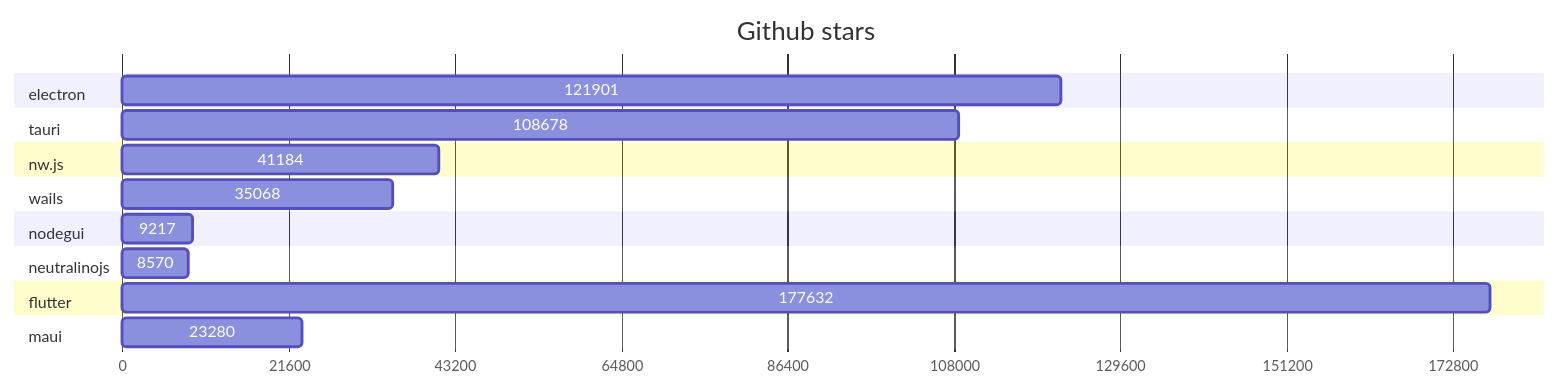
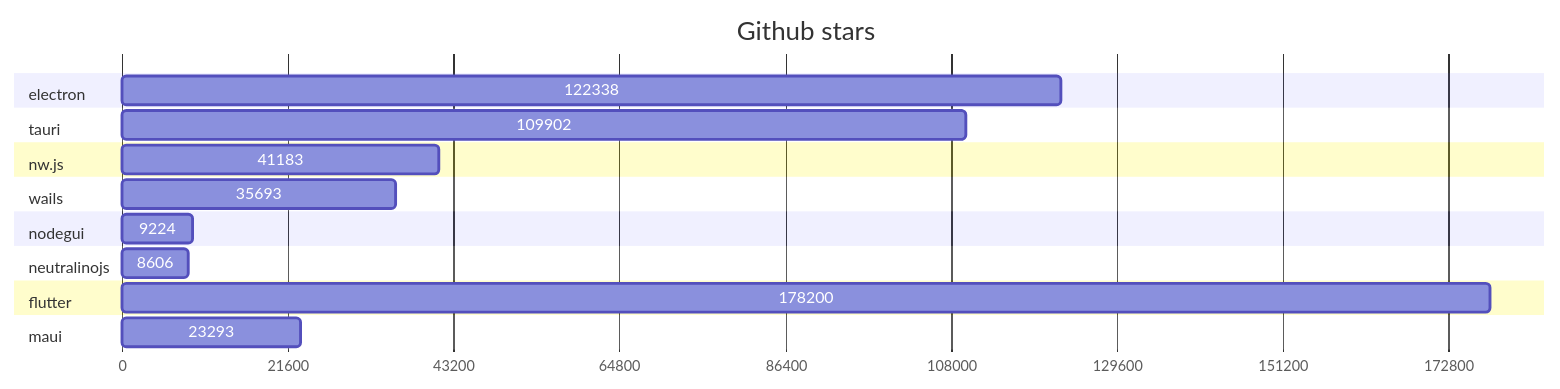
Before and after one commit to Elanis/web-to-desktop-framework-comparison: the first of 2 diagrams in GRAPHS.md, drawn with Mermaid. The commit also changed other lines of this file and 2 other files, not shown here.

Commit message:
Update stars & Fork

````diff
--- a/GRAPHS.md
+++ b/GRAPHS.md
@@ -5,40 +5,40 @@
 ```mermaid
 gantt
     title Github stars
     dateFormat  X
     axisFormat %s
 
 
 	section electron
-	121901 : 0, 121901
+	122338 : 0, 122338
 
 	
 	section tauri
-	108678 : 0, 108678
+	109902 : 0, 109902
 
 	
 	section nw.js
-	41184 : 0, 41184
+	41183 : 0, 41183
 
 	
 	section wails
-	35068 : 0, 35068
+	35693 : 0, 35693
 
 	
 	section nodegui
-	9217 : 0, 9217
+	9224 : 0, 9224
 
 	
 	section neutralinojs
-	8570 : 0, 8570
+	8606 : 0, 8606
 
 	
 	section flutter
-	177632 : 0, 177632
+	178200 : 0, 178200
 
 	
 	section maui
-	23280 : 0, 23280
+	23293 : 0, 23293
 
 	
 ```
````
